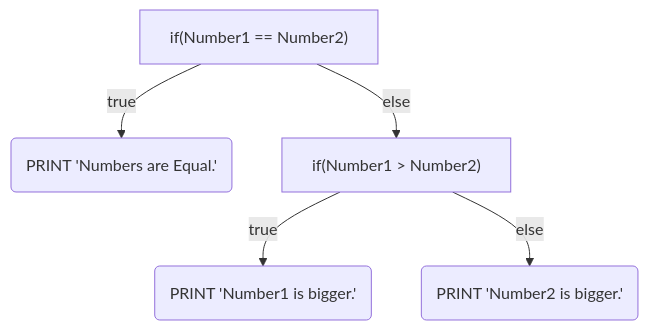
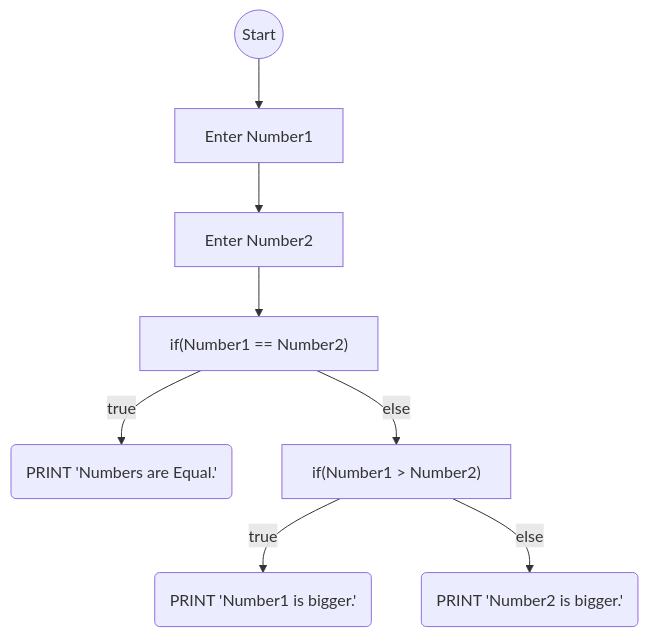
One commit to amydevs/php-assignments changed the fifth of 5 diagrams in 2binary/README.md. Above: the diagram before and after it, drawn with Mermaid. The commit also changed 2 other files, not shown here.

Commit message:
finished more questions

````diff
--- a/2binary/README.md
+++ b/2binary/README.md
@@ -85,13 +85,18 @@
 ``` mermaid
 graph TD
+	Start(("Start"))
+	Number1["Enter Number1"]
+	Number2["Enter Number2"]
     A["if(Number1 == Number2)"]
     B("PRINT 'Numbers are Equal.'")
     
     C["if(Number1 > Number2)"]
     D("PRINT 'Number1 is bigger.'")
     F("PRINT 'Number2 is bigger.'")
+    
+    Start --> Number1 --> Number2 --> A
     A --> |true| B
     A --> |else| C
     C --> |true| D
     C --> |else| F
 ```
````
